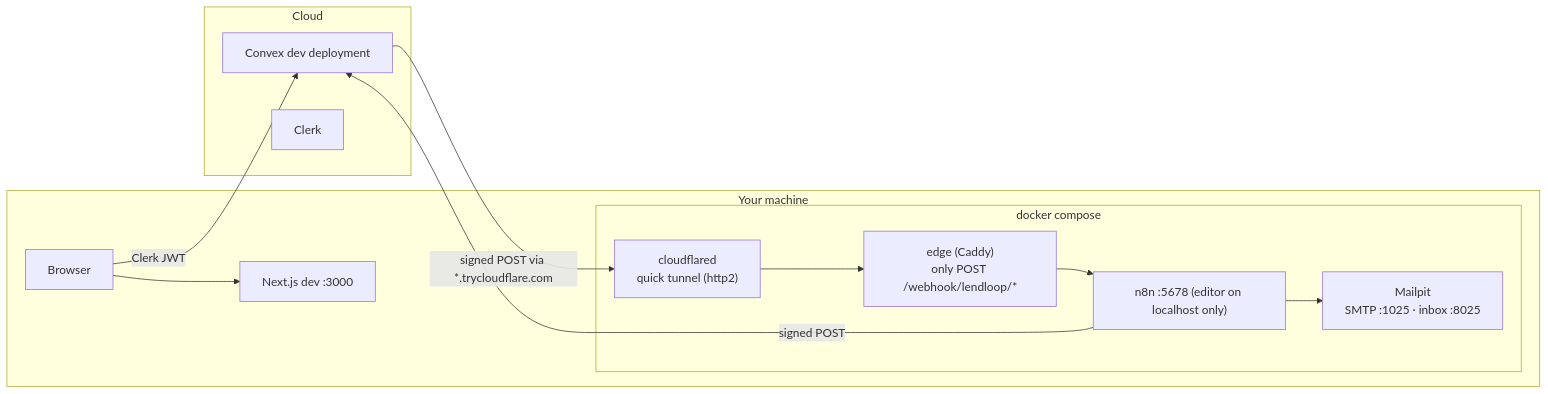
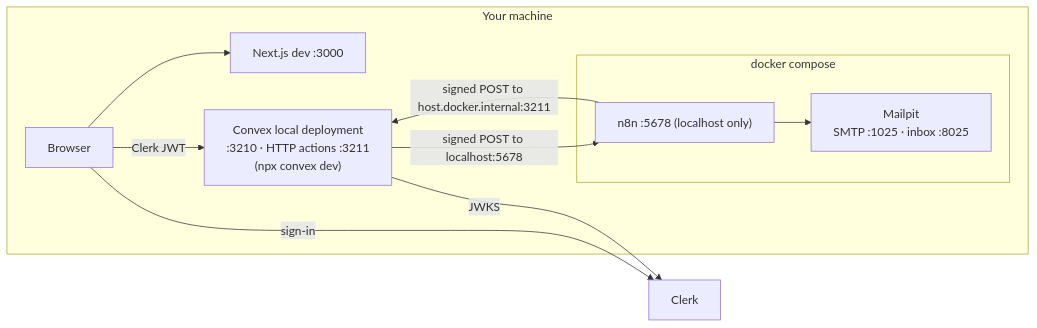
Before and after one commit to StarfallV/fluenceinternational-lendloop: the fifth of 5 diagrams in docs/architecture.md, drawn with Mermaid. The commit also changed other lines of this file and 22 other files, not shown here.

````diff
--- a/docs/architecture.md
+++ b/docs/architecture.md
@@ -774,18 +634,16 @@
 ```mermaid
 flowchart LR
   subgraph PC["Your machine"]
     BR["Browser"] --> NX["Next.js dev :3000"]
+    CX["Convex local deployment<br/>:3210 · HTTP actions :3211<br/>(npx convex dev)"]
     subgraph DC["docker compose"]
-      CF["cloudflared<br/>quick tunnel (http2)"] --> ED["edge (Caddy)<br/>only POST /webhook/lendloop/*"]
-      ED --> N8["n8n :5678 (editor on localhost only)"]
-      N8 --> MP["Mailpit<br/>SMTP :1025 · inbox :8025"]
+      N8["n8n :5678 (localhost only)"] --> MP["Mailpit<br/>SMTP :1025 · inbox :8025"]
     end
+    BR -- "Clerk JWT" --> CX
+    CX -- "signed POST to localhost:5678" --> N8
+    N8 -- "signed POST to host.docker.internal:3211" --> CX
   end
-  subgraph Cloud
-    CX["Convex dev deployment"]
-    CK["Clerk"]
-  end
-  BR -- "Clerk JWT" --> CX
-  CX -- "signed POST via *.trycloudflare.com" --> CF
-  N8 -- "signed POST" --> CX
+  CK["Clerk"]
+  BR -- "sign-in" --> CK
+  CX -- "JWKS" --> CK
 ```
````
